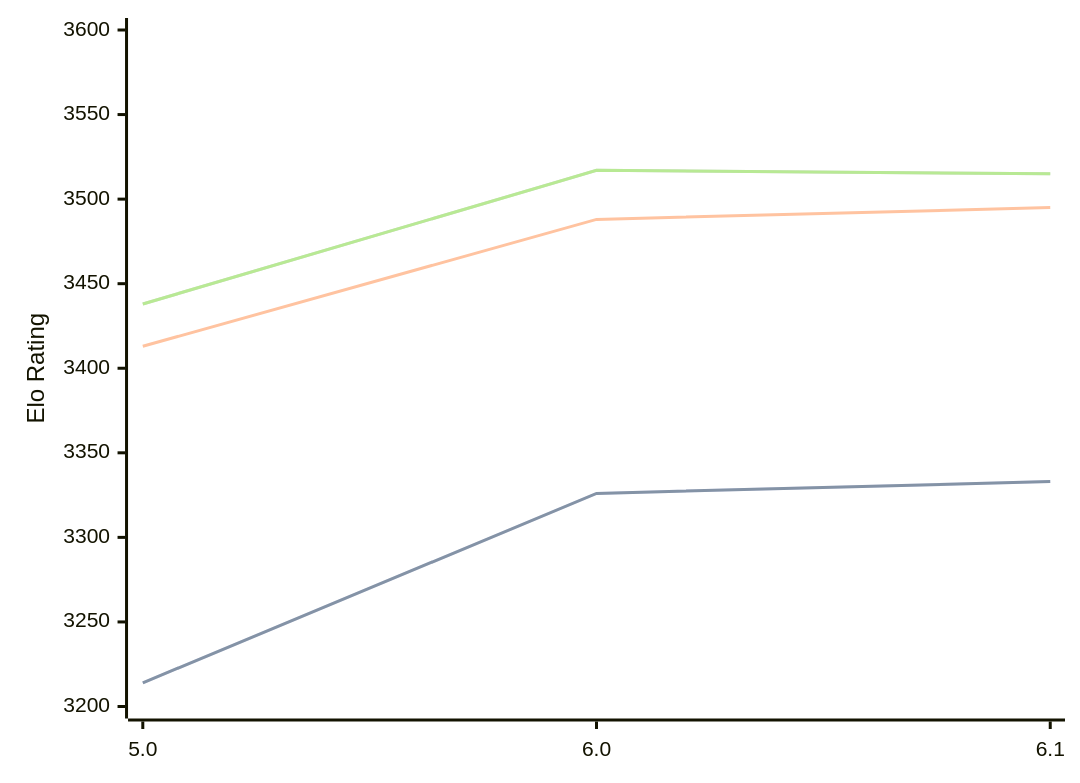
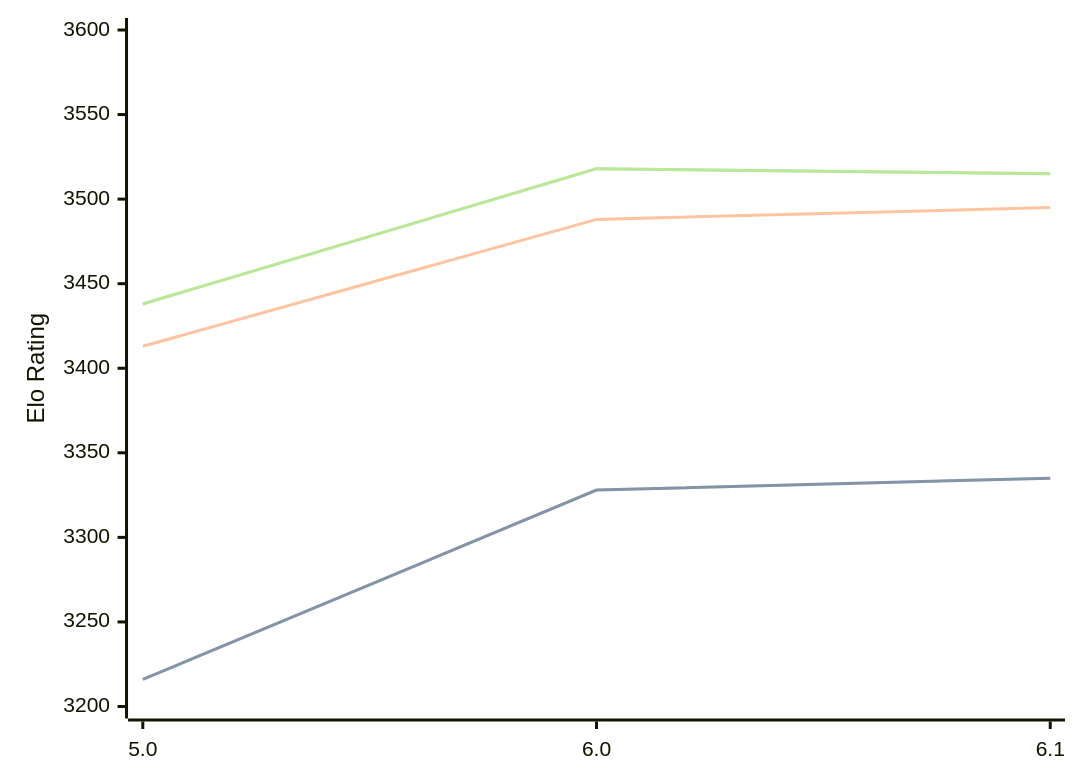
One commit to computer-chess-index/cci changed the diagram in engines/Starzix.md. Above: the diagram before and after it, drawn with Mermaid. The commit also changed other lines of this file, not shown here.

Commit message:
Update CCI Ratings (ELO VLTC) - 2026-09-09

````diff
--- a/engines/Starzix.md
+++ b/engines/Starzix.md
@@ -33,11 +33,11 @@
 ```mermaid
 %%{init: {"theme":"base","themeVariables":{"seriesColors:['#a3a3a3','#222221','#faa371']}}}%%
 xychart-beta
   x-axis ["5.0", "6.0", "6.1"]
   y-axis "Elo Rating" 3200 --> 3600
-  line "" [3214, 3326, 3333]
-  line "STC (8.0+0.08s)" [3214, 3326, 3333]
+  line "" [3216, 3328, 3335]
+  line "STC (8.0+0.08s)" [3216, 3328, 3335]
   line "LTC (60.0+0.60s)" [3413, 3488, 3495]
-  line "" [3438, 3517, 3515]
-  line "VLTC (2m24s+1.12s)" [3438, 3517, 3515]
+  line "" [3438, 3518, 3515]
+  line "VLTC (2m24s+1.12s)" [3438, 3518, 3515]
 ```
````
